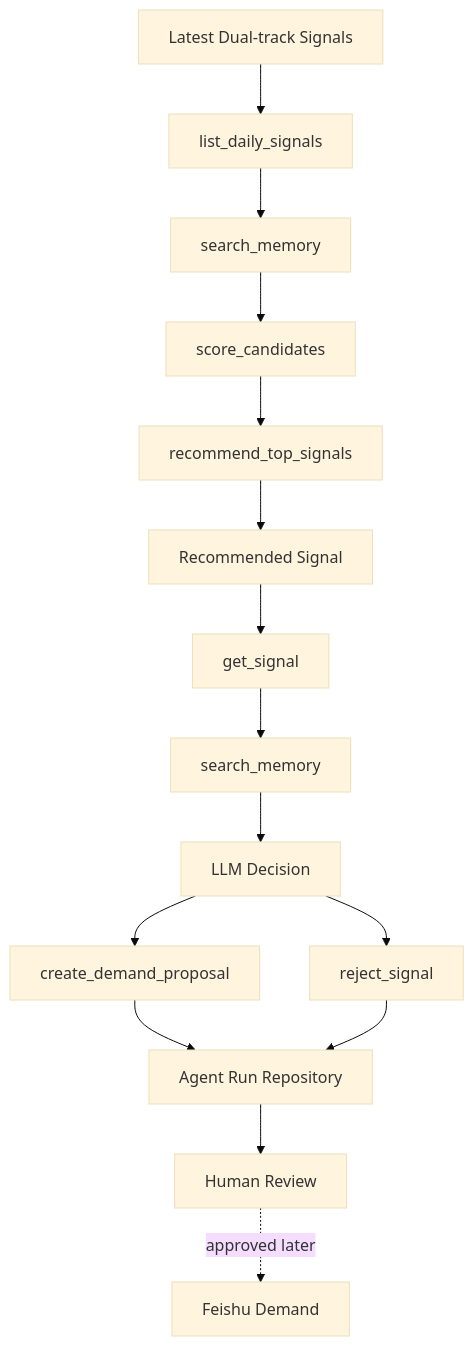
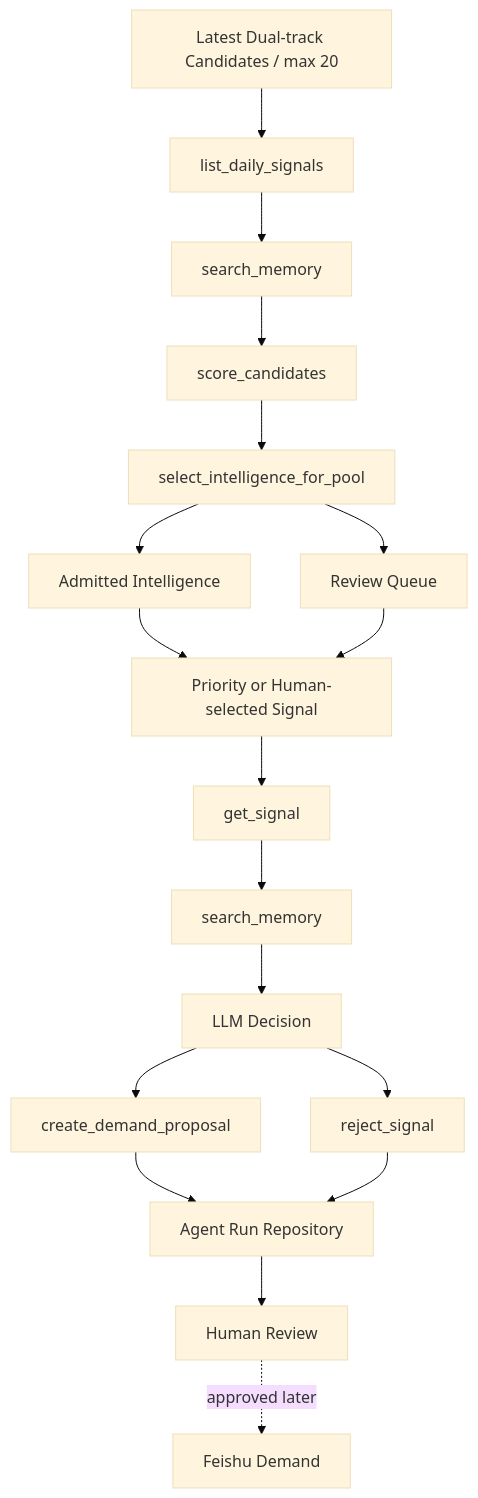
The fifth of 5 diagrams in README.md (bbc804208302/AIPM-), drawn with Mermaid (base theme) before and after one commit. The commit also changed other lines of this file and 39 other files, not shown here.

````diff
--- a/README.md
+++ b/README.md
@@ -312,17 +311,20 @@
 ```mermaid
 flowchart TB
-  DS[Latest Dual-track Signals] --> LS[list_daily_signals]
+  DS[Latest Dual-track Candidates / max 20] --> LS[list_daily_signals]
   LS --> TM[search_memory]
   TM --> SC[score_candidates]
-  SC --> RT[recommend_top_signals]
-  RT --> S[Recommended Signal]
+  SC --> RT[select_intelligence_for_pool]
+  RT --> AP[Admitted Intelligence]
+  RT --> RQ[Review Queue]
+  AP --> S[Priority or Human-selected Signal]
+  RQ --> S
   S --> GS[get_signal]
   GS --> SM[search_memory]
   SM --> LLM[LLM Decision]
   LLM --> DP[create_demand_proposal]
   LLM --> RJ[reject_signal]
   DP --> AR[Agent Run Repository]
   RJ --> AR
   AR --> HR[Human Review]
   HR -. approved later .-> FD[Feishu Demand]
 ```
````
